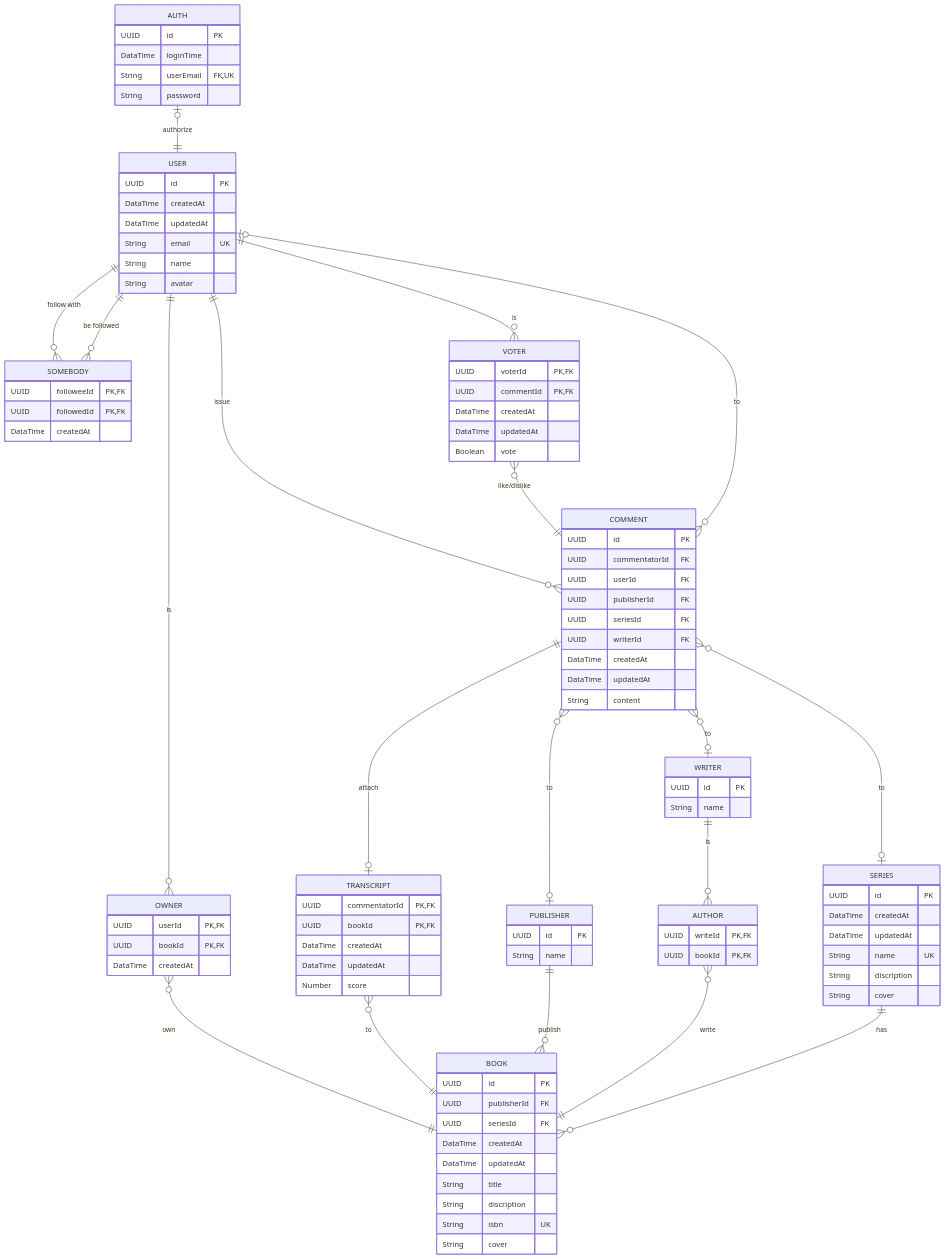
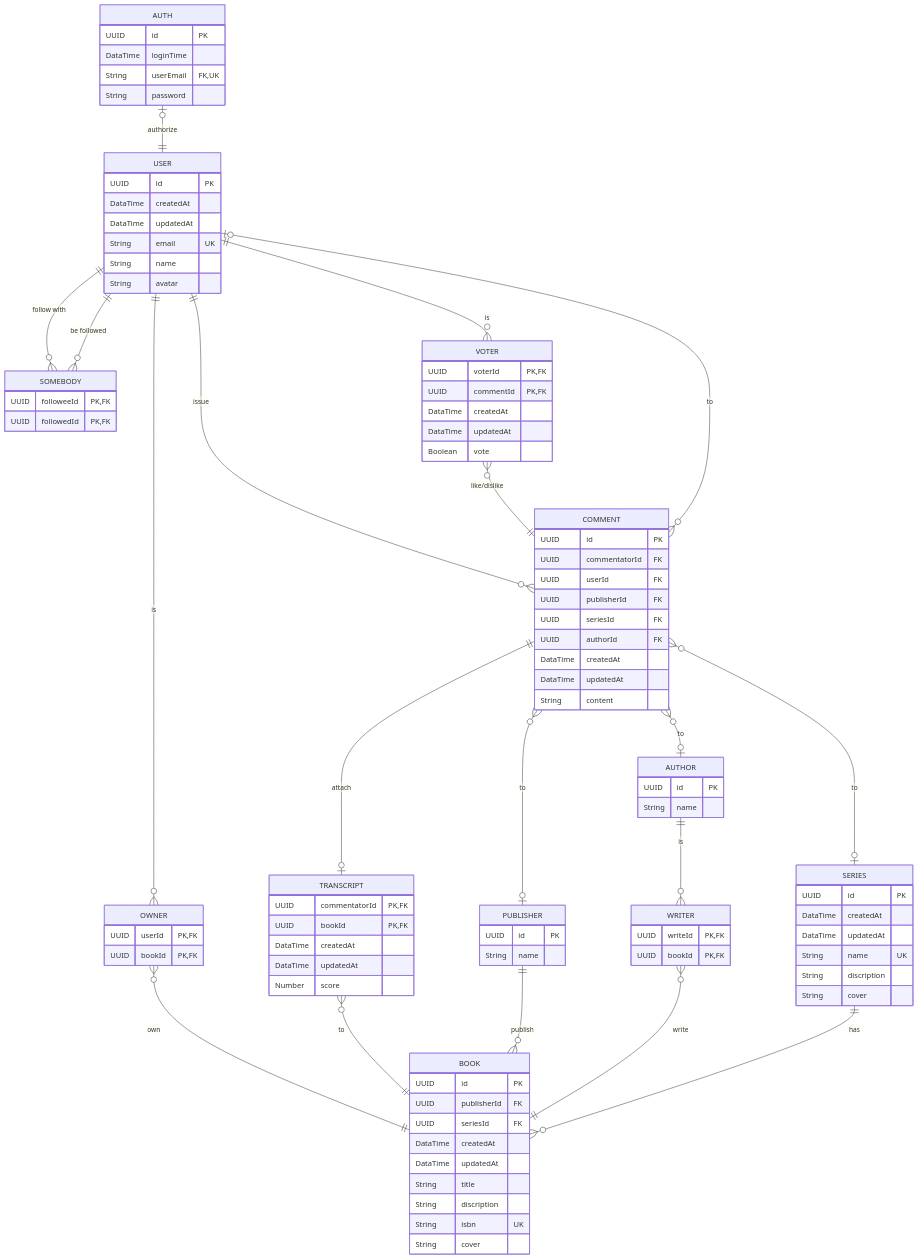
The diagram in packages/database/README.md (mogeko/book-exchange), drawn with Mermaid before and after one commit.

Commit message:
docs: update ERD

```diff
--- a/packages/database/README.md
+++ b/packages/database/README.md
@@ -88,13 +88,11 @@
   OWNER {
     UUID     userId    PK, FK
     UUID     bookId    PK, FK
-    DataTime createdAt
   }
   SOMEBODY }o--|| USER : "be followed"
   SOMEBODY {
     UUID     followeeId PK, FK
     UUID     followedId PK, FK
-    DataTime createdAt
   }
   VOTER }o--|| COMMENT : "like/dislike"
   VOTER {
@@ -107,7 +105,7 @@
   COMMENT ||--o| TRANSCRIPT : attach
   COMMENT }o--o| USER       : "to"
   COMMENT }o--o| PUBLISHER  : "to"
-  COMMENT }o--o| WRITER     : "to"
+  COMMENT }o--o| AUTHOR     : "to"
   COMMENT }o--o| SERIES     : "to"
   COMMENT {
     UUID     id            PK
@@ -115,7 +113,7 @@
     UUID     userId        FK
     UUID     publisherId   FK
     UUID     seriesId      FK
-    UUID     writerId      FK
+    UUID     authorId      FK
     DataTime createdAt
     DataTime updatedAt
     String   content
@@ -133,13 +131,13 @@
     UUID   id   PK
     String name
   }
-  WRITER ||--o{ AUTHOR : is
-  WRITER {
+  AUTHOR ||--o{ WRITER : is
+  AUTHOR {
     UUID   id   PK
     String name
   }
-  AUTHOR }o--|| BOOK : write
-  AUTHOR {
+  WRITER }o--|| BOOK : write
+  WRITER {
     UUID writeId PK, FK
     UUID bookId  PK, FK
   }
```
